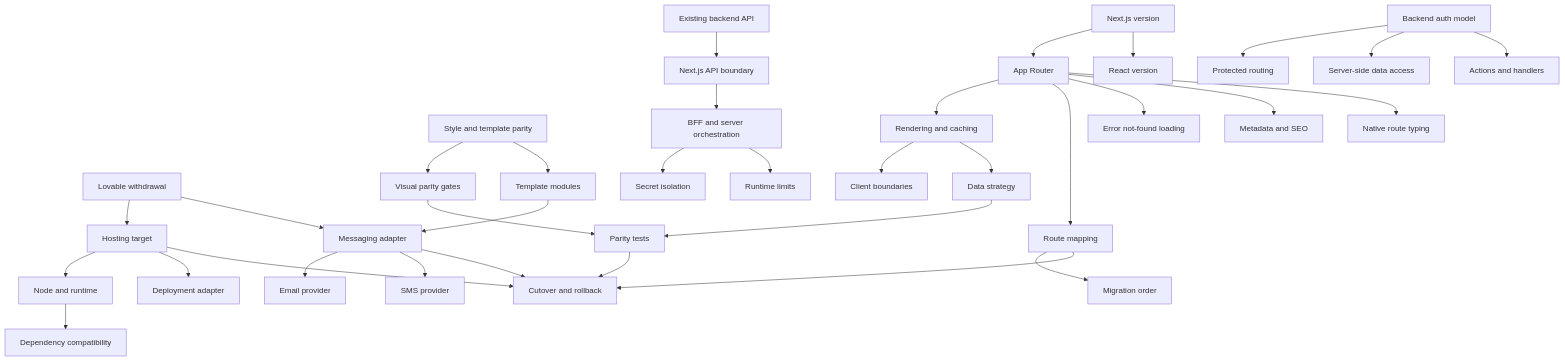
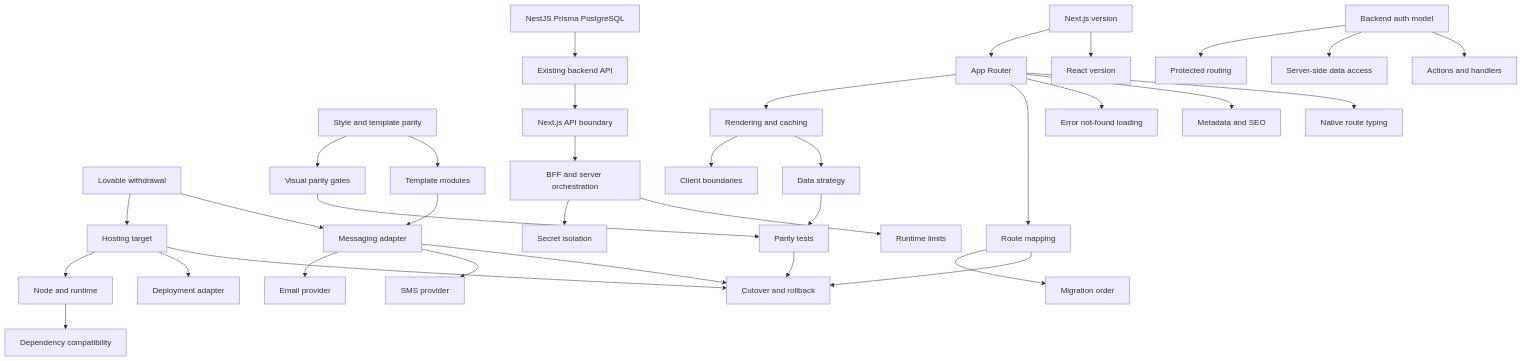
The diagram in docs/architecture/decision-dependencies.md (Ali-sherif/loyollo-web), drawn with Mermaid before and after one commit. The commit also changed other lines of this file and 29 other files, not shown here.

First line of the commit message:
docs: update product manager meeting report and architecture documentation for loyalty programs and backend stack

````diff
--- a/docs/architecture/decision-dependencies.md
+++ b/docs/architecture/decision-dependencies.md
@@ -3,36 +3,37 @@
 ```mermaid
 flowchart TD
   LovableOut[Lovable withdrawal] --> Hosting[Hosting target]
   LovableOut --> MessagingAdapter[Messaging adapter]
   StyleParity[Style and template parity] --> VisualGates[Visual parity gates]
   StyleParity --> TemplateModules[Template modules]
   Hosting --> Node[Node and runtime]
   Hosting --> Adapter[Deployment adapter]
   MessagingAdapter --> EmailProvider[Email provider]
   MessagingAdapter --> SmsProvider[SMS provider]
   TemplateModules --> MessagingAdapter
   NextVersion[Next.js version] --> AppRouter[App Router]
   NextVersion --> ReactVersion[React version]
   Node --> Dependencies[Dependency compatibility]
   AppRouter --> Rendering[Rendering and caching]
   AppRouter --> Routes[Route mapping]
   Auth[Backend auth model] --> Protected[Protected routing]
   Auth --> ServerData[Server-side data access]
   Auth --> Mutations[Actions and handlers]
   Backend[Existing backend API] --> ApiBoundary[Next.js API boundary]
+  NestStack[NestJS Prisma PostgreSQL] --> Backend
   ApiBoundary --> ServerBoundaries[BFF and server orchestration]
   ServerBoundaries --> Secrets[Secret isolation]
   ServerBoundaries --> RuntimeLimits[Runtime limits]
   AppRouter --> Errors[Error not-found loading]
   AppRouter --> Metadata[Metadata and SEO]
   AppRouter --> RouteTypes[Native route typing]
   Rendering --> ClientBoundaries[Client boundaries]
   Rendering --> DataStrategy[Data strategy]
   Routes --> MigrationOrder[Migration order]
   DataStrategy --> Testing[Parity tests]
   VisualGates --> Testing
   Hosting --> Cutover[Cutover and rollback]
   MessagingAdapter --> Cutover
   Testing --> Cutover
   Routes --> Cutover
 ```
````
